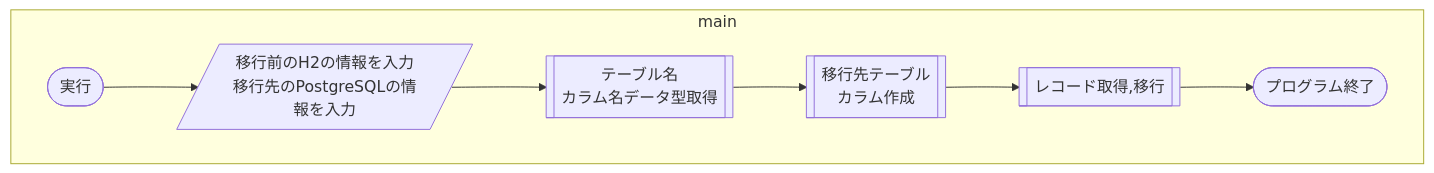
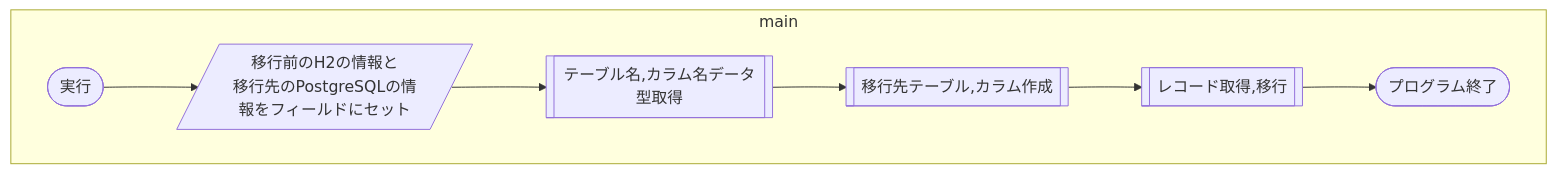
The first of 3 diagrams in README.md (kteworks/H2DB-to-SQL), drawn with Mermaid before and after one commit. The commit also changed other lines of this file, not shown here.

Commit message:
updated flowchart

````diff
--- a/README.md
+++ b/README.md
@@ -14,6 +14,6 @@
 ```mermaid
 flowchart TD
 subgraph main
-    mainrun([実行]) --> main1[/移行前のH2の情報を入力<br>移行先のPostgreSQLの情報を入力/] --> main2[[テーブル名<br>カラム名データ型取得]] --> main3[[移行先テーブル<br>カラム作成]] --> main4[[レコード取得,移行]] --> mainfin([プログラム終了])
+    mainrun([実行]) --> main1[/移行前のH2の情報と<br>移行先のPostgreSQLの情報をフィールドにセット/] --> main2[[テーブル名,カラム名データ型取得]] --> main3[[移行先テーブル,カラム作成]] --> main4[[レコード取得,移行]] --> mainFin([プログラム終了])
 end
 ```
````
